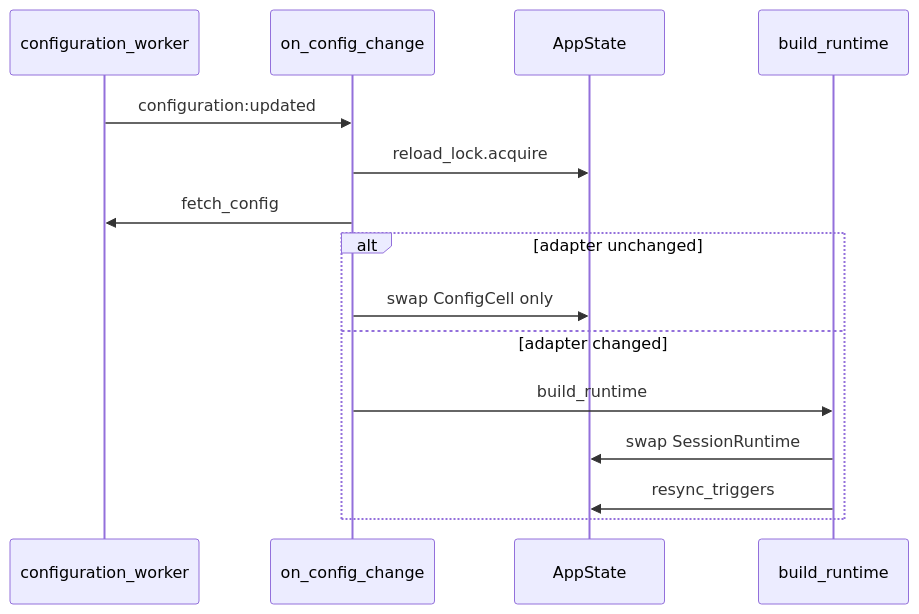
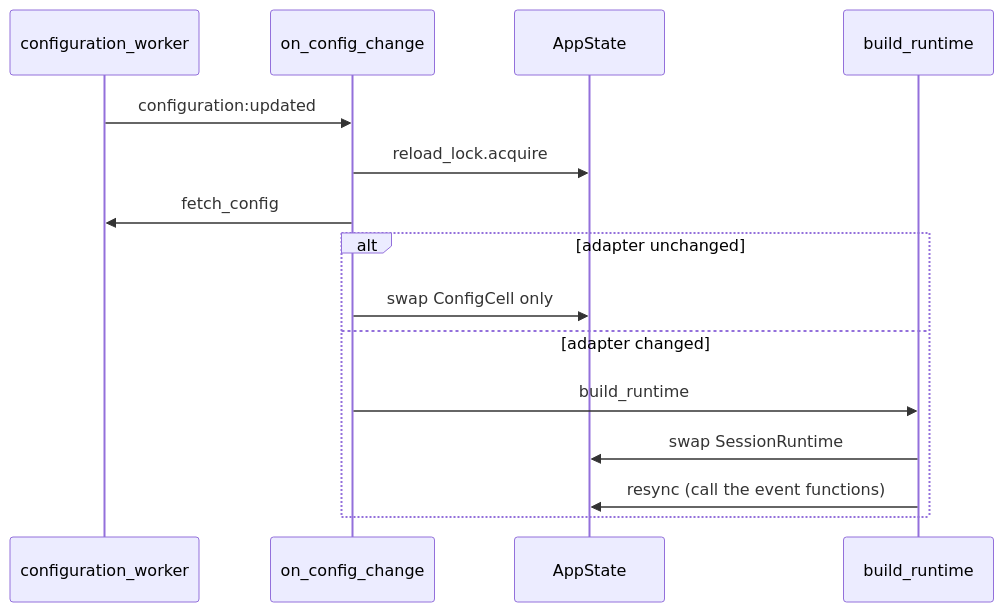
One commit to iii-hq/workers changed the diagram in docs/sops/configuration.md. Above: the diagram before and after it, drawn with Mermaid. The commit also changed other lines of this file and 3315 other files, not shown here.

````diff
--- a/docs/sops/configuration.md
+++ b/docs/sops/configuration.md
@@ -389,18 +400,18 @@
 ```mermaid
 sequenceDiagram
     participant Config as configuration_worker
     participant Handler as on_config_change
     participant State as AppState
     participant Build as build_runtime
 
     Config->>Handler: configuration:updated
     Handler->>State: reload_lock.acquire
     Handler->>Config: fetch_config
     alt adapter unchanged
         Handler->>State: swap ConfigCell only
     else adapter changed
         Handler->>Build: build_runtime
         Build->>State: swap SessionRuntime
-        Build->>State: resync_triggers
+        Build->>State: resync (call the event functions)
     end
 ```
````
